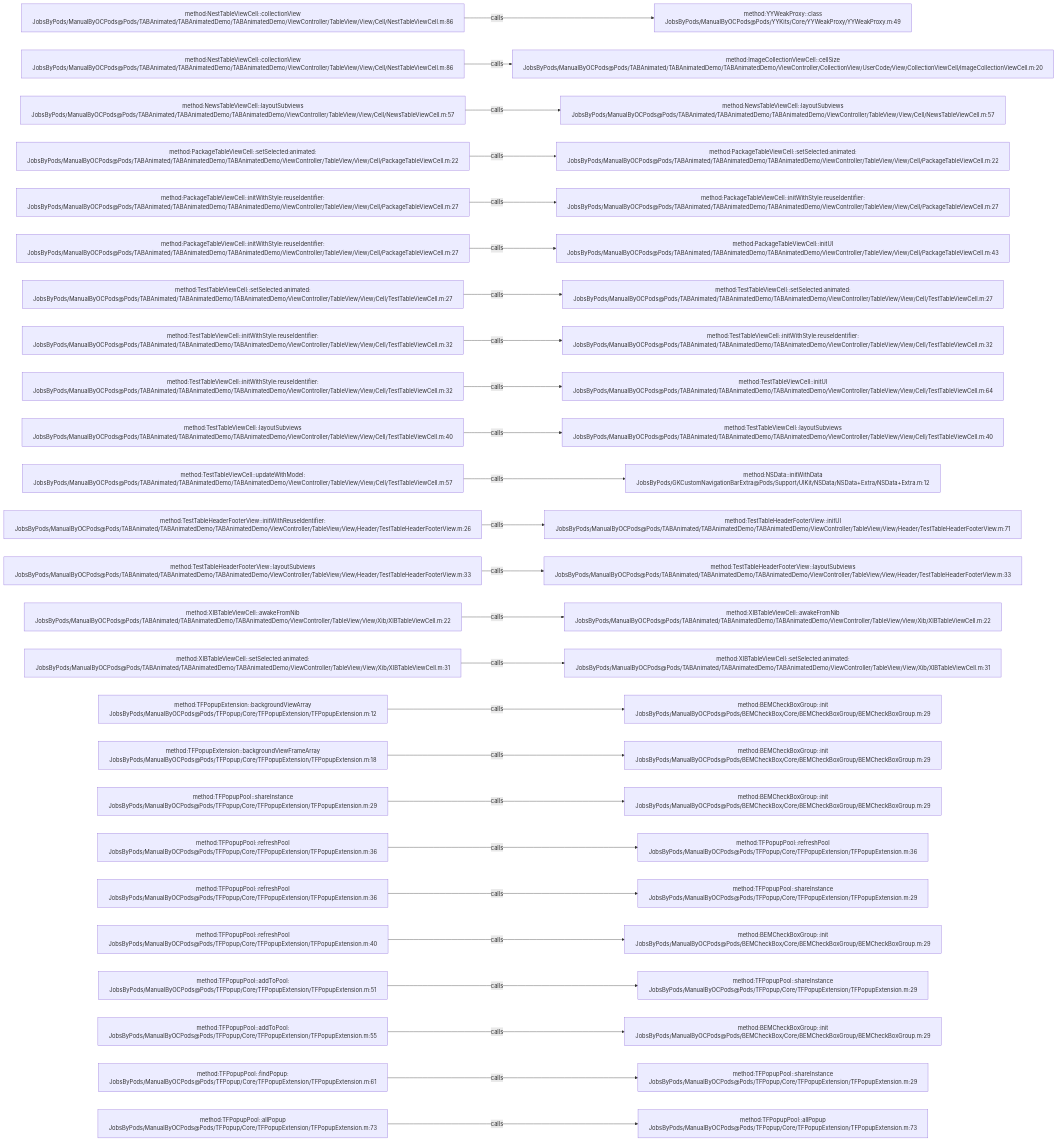
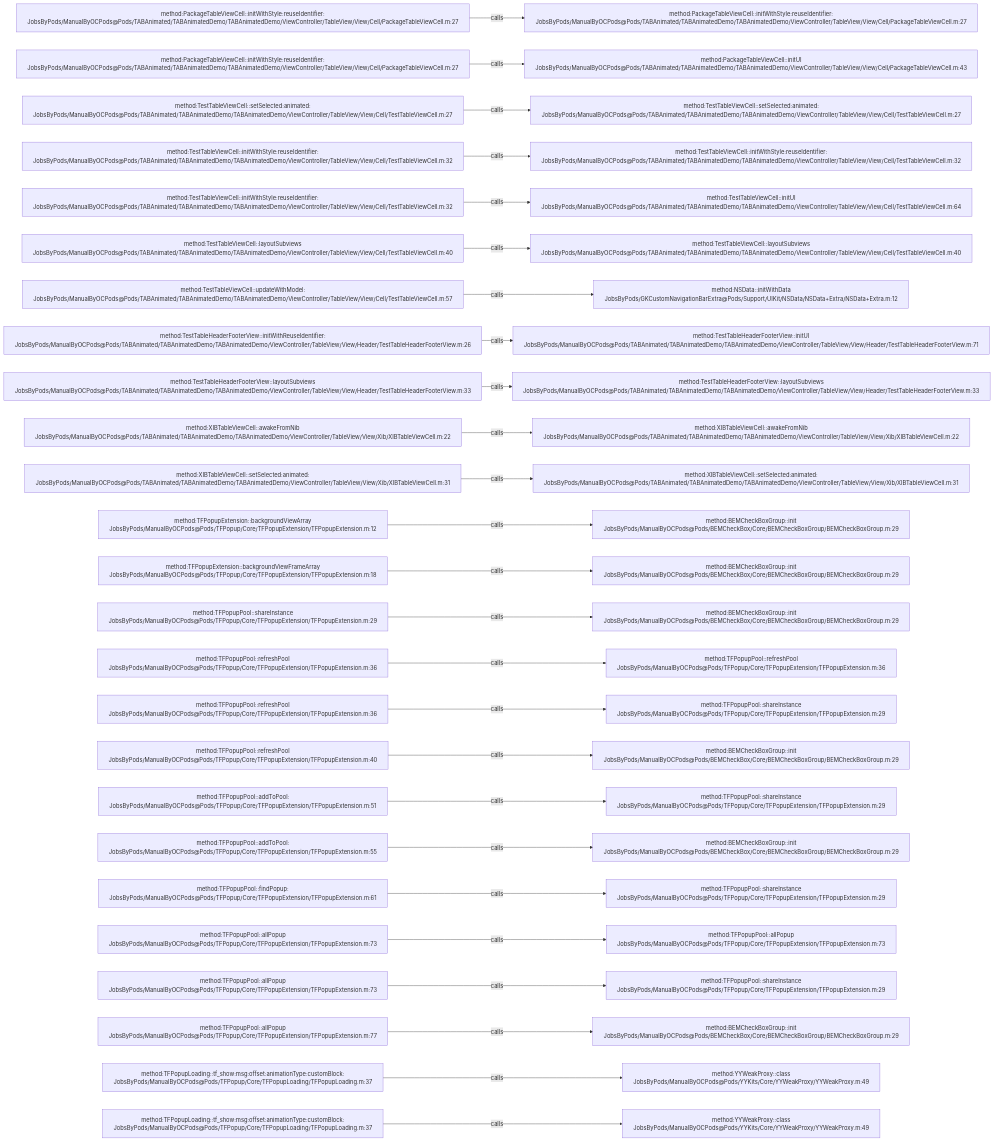
One commit to JobsKits/JobsOCBaseConfigDemo changed the diagram in .codegraph/codegraph.md/graphs/calls-066.md. Above: the diagram before and after it, drawn with Mermaid. The commit also changed 727 other files, not shown here.

````diff
--- a/.codegraph/codegraph.md/graphs/calls-066.md
+++ b/.codegraph/codegraph.md/graphs/calls-066.md
@@ -13,78 +13,78 @@
 ```mermaid
 flowchart LR
-  S1["method:NestTableViewCell::collectionView<br/>JobsByPods/ManualByOCPods@Pods/TABAnimated/TABAnimatedDemo/TABAnimatedDemo/ViewController/TableView/View/Cell/NestTableViewCell.m:86"]
-  T1["method:YYWeakProxy::class<br/>JobsByPods/ManualByOCPods@Pods/YYKits/Core/YYWeakProxy/YYWeakProxy.m:49"]
+  S1["method:PackageTableViewCell::initWithStyle:reuseIdentifier:<br/>JobsByPods/ManualByOCPods@Pods/TABAnimated/TABAnimatedDemo/TABAnimatedDemo/ViewController/TableView/View/Cell/PackageTableViewCell.m:27"]
+  T1["method:PackageTableViewCell::initWithStyle:reuseIdentifier:<br/>JobsByPods/ManualByOCPods@Pods/TABAnimated/TABAnimatedDemo/TABAnimatedDemo/ViewController/TableView/View/Cell/PackageTableViewCell.m:27"]
   S1 -->|calls| T1
-  S2["method:NestTableViewCell::collectionView<br/>JobsByPods/ManualByOCPods@Pods/TABAnimated/TABAnimatedDemo/TABAnimatedDemo/ViewController/TableView/View/Cell/NestTableViewCell.m:86"]
-  T2["method:ImageCollectionViewCell::cellSize<br/>JobsByPods/ManualByOCPods@Pods/TABAnimated/TABAnimatedDemo/TABAnimatedDemo/ViewController/CollectionView/UserCode/View/CollectionViewCell/ImageCollectionViewCell.m:20"]
+  S2["method:PackageTableViewCell::initWithStyle:reuseIdentifier:<br/>JobsByPods/ManualByOCPods@Pods/TABAnimated/TABAnimatedDemo/TABAnimatedDemo/ViewController/TableView/View/Cell/PackageTableViewCell.m:27"]
+  T2["method:PackageTableViewCell::initUI<br/>JobsByPods/ManualByOCPods@Pods/TABAnimated/TABAnimatedDemo/TABAnimatedDemo/ViewController/TableView/View/Cell/PackageTableViewCell.m:43"]
   S2 -->|calls| T2
-  S3["method:NewsTableViewCell::layoutSubviews<br/>JobsByPods/ManualByOCPods@Pods/TABAnimated/TABAnimatedDemo/TABAnimatedDemo/ViewController/TableView/View/Cell/NewsTableViewCell.m:57"]
-  T3["method:NewsTableViewCell::layoutSubviews<br/>JobsByPods/ManualByOCPods@Pods/TABAnimated/TABAnimatedDemo/TABAnimatedDemo/ViewController/TableView/View/Cell/NewsTableViewCell.m:57"]
+  S3["method:TestTableViewCell::setSelected:animated:<br/>JobsByPods/ManualByOCPods@Pods/TABAnimated/TABAnimatedDemo/TABAnimatedDemo/ViewController/TableView/View/Cell/TestTableViewCell.m:27"]
+  T3["method:TestTableViewCell::setSelected:animated:<br/>JobsByPods/ManualByOCPods@Pods/TABAnimated/TABAnimatedDemo/TABAnimatedDemo/ViewController/TableView/View/Cell/TestTableViewCell.m:27"]
   S3 -->|calls| T3
-  S4["method:PackageTableViewCell::setSelected:animated:<br/>JobsByPods/ManualByOCPods@Pods/TABAnimated/TABAnimatedDemo/TABAnimatedDemo/ViewController/TableView/View/Cell/PackageTableViewCell.m:22"]
-  T4["method:PackageTableViewCell::setSelected:animated:<br/>JobsByPods/ManualByOCPods@Pods/TABAnimated/TABAnimatedDemo/TABAnimatedDemo/ViewController/TableView/View/Cell/PackageTableViewCell.m:22"]
+  S4["method:TestTableViewCell::initWithStyle:reuseIdentifier:<br/>JobsByPods/ManualByOCPods@Pods/TABAnimated/TABAnimatedDemo/TABAnimatedDemo/ViewController/TableView/View/Cell/TestTableViewCell.m:32"]
+  T4["method:TestTableViewCell::initWithStyle:reuseIdentifier:<br/>JobsByPods/ManualByOCPods@Pods/TABAnimated/TABAnimatedDemo/TABAnimatedDemo/ViewController/TableView/View/Cell/TestTableViewCell.m:32"]
   S4 -->|calls| T4
-  S5["method:PackageTableViewCell::initWithStyle:reuseIdentifier:<br/>JobsByPods/ManualByOCPods@Pods/TABAnimated/TABAnimatedDemo/TABAnimatedDemo/ViewController/TableView/View/Cell/PackageTableViewCell.m:27"]
-  T5["method:PackageTableViewCell::initWithStyle:reuseIdentifier:<br/>JobsByPods/ManualByOCPods@Pods/TABAnimated/TABAnimatedDemo/TABAnimatedDemo/ViewController/TableView/View/Cell/PackageTableViewCell.m:27"]
+  S5["method:TestTableViewCell::initWithStyle:reuseIdentifier:<br/>JobsByPods/ManualByOCPods@Pods/TABAnimated/TABAnimatedDemo/TABAnimatedDemo/ViewController/TableView/View/Cell/TestTableViewCell.m:32"]
+  T5["method:TestTableViewCell::initUI<br/>JobsByPods/ManualByOCPods@Pods/TABAnimated/TABAnimatedDemo/TABAnimatedDemo/ViewController/TableView/View/Cell/TestTableViewCell.m:64"]
   S5 -->|calls| T5
-  S6["method:PackageTableViewCell::initWithStyle:reuseIdentifier:<br/>JobsByPods/ManualByOCPods@Pods/TABAnimated/TABAnimatedDemo/TABAnimatedDemo/ViewController/TableView/View/Cell/PackageTableViewCell.m:27"]
-  T6["method:PackageTableViewCell::initUI<br/>JobsByPods/ManualByOCPods@Pods/TABAnimated/TABAnimatedDemo/TABAnimatedDemo/ViewController/TableView/View/Cell/PackageTableViewCell.m:43"]
+  S6["method:TestTableViewCell::layoutSubviews<br/>JobsByPods/ManualByOCPods@Pods/TABAnimated/TABAnimatedDemo/TABAnimatedDemo/ViewController/TableView/View/Cell/TestTableViewCell.m:40"]
+  T6["method:TestTableViewCell::layoutSubviews<br/>JobsByPods/ManualByOCPods@Pods/TABAnimated/TABAnimatedDemo/TABAnimatedDemo/ViewController/TableView/View/Cell/TestTableViewCell.m:40"]
   S6 -->|calls| T6
-  S7["method:TestTableViewCell::setSelected:animated:<br/>JobsByPods/ManualByOCPods@Pods/TABAnimated/TABAnimatedDemo/TABAnimatedDemo/ViewController/TableView/View/Cell/TestTableViewCell.m:27"]
-  T7["method:TestTableViewCell::setSelected:animated:<br/>JobsByPods/ManualByOCPods@Pods/TABAnimated/TABAnimatedDemo/TABAnimatedDemo/ViewController/TableView/View/Cell/TestTableViewCell.m:27"]
+  S7["method:TestTableViewCell::updateWithModel:<br/>JobsByPods/ManualByOCPods@Pods/TABAnimated/TABAnimatedDemo/TABAnimatedDemo/ViewController/TableView/View/Cell/TestTableViewCell.m:57"]
+  T7["method:NSData::initWithData<br/>JobsByPods/GKCustomNavigationBarExtra@Pods/Support/UIKit/NSData/NSData+Extra/NSData+Extra.m:12"]
   S7 -->|calls| T7
-  S8["method:TestTableViewCell::initWithStyle:reuseIdentifier:<br/>JobsByPods/ManualByOCPods@Pods/TABAnimated/TABAnimatedDemo/TABAnimatedDemo/ViewController/TableView/View/Cell/TestTableViewCell.m:32"]
-  T8["method:TestTableViewCell::initWithStyle:reuseIdentifier:<br/>JobsByPods/ManualByOCPods@Pods/TABAnimated/TABAnimatedDemo/TABAnimatedDemo/ViewController/TableView/View/Cell/TestTableViewCell.m:32"]
+  S8["method:TestTableHeaderFooterView::initWithReuseIdentifier:<br/>JobsByPods/ManualByOCPods@Pods/TABAnimated/TABAnimatedDemo/TABAnimatedDemo/ViewController/TableView/View/Header/TestTableHeaderFooterView.m:26"]
+  T8["method:TestTableHeaderFooterView::initUI<br/>JobsByPods/ManualByOCPods@Pods/TABAnimated/TABAnimatedDemo/TABAnimatedDemo/ViewController/TableView/View/Header/TestTableHeaderFooterView.m:71"]
   S8 -->|calls| T8
-  S9["method:TestTableViewCell::initWithStyle:reuseIdentifier:<br/>JobsByPods/ManualByOCPods@Pods/TABAnimated/TABAnimatedDemo/TABAnimatedDemo/ViewController/TableView/View/Cell/TestTableViewCell.m:32"]
-  T9["method:TestTableViewCell::initUI<br/>JobsByPods/ManualByOCPods@Pods/TABAnimated/TABAnimatedDemo/TABAnimatedDemo/ViewController/TableView/View/Cell/TestTableViewCell.m:64"]
+  S9["method:TestTableHeaderFooterView::layoutSubviews<br/>JobsByPods/ManualByOCPods@Pods/TABAnimated/TABAnimatedDemo/TABAnimatedDemo/ViewController/TableView/View/Header/TestTableHeaderFooterView.m:33"]
+  T9["method:TestTableHeaderFooterView::layoutSubviews<br/>JobsByPods/ManualByOCPods@Pods/TABAnimated/TABAnimatedDemo/TABAnimatedDemo/ViewController/TableView/View/Header/TestTableHeaderFooterView.m:33"]
   S9 -->|calls| T9
-  S10["method:TestTableViewCell::layoutSubviews<br/>JobsByPods/ManualByOCPods@Pods/TABAnimated/TABAnimatedDemo/TABAnimatedDemo/ViewController/TableView/View/Cell/TestTableViewCell.m:40"]
-  T10["method:TestTableViewCell::layoutSubviews<br/>JobsByPods/ManualByOCPods@Pods/TABAnimated/TABAnimatedDemo/TABAnimatedDemo/ViewController/TableView/View/Cell/TestTableViewCell.m:40"]
+  S10["method:XIBTableViewCell::awakeFromNib<br/>JobsByPods/ManualByOCPods@Pods/TABAnimated/TABAnimatedDemo/TABAnimatedDemo/ViewController/TableView/View/Xib/XIBTableViewCell.m:22"]
+  T10["method:XIBTableViewCell::awakeFromNib<br/>JobsByPods/ManualByOCPods@Pods/TABAnimated/TABAnimatedDemo/TABAnimatedDemo/ViewController/TableView/View/Xib/XIBTableViewCell.m:22"]
   S10 -->|calls| T10
-  S11["method:TestTableViewCell::updateWithModel:<br/>JobsByPods/ManualByOCPods@Pods/TABAnimated/TABAnimatedDemo/TABAnimatedDemo/ViewController/TableView/View/Cell/TestTableViewCell.m:57"]
-  T11["method:NSData::initWithData<br/>JobsByPods/GKCustomNavigationBarExtra@Pods/Support/UIKit/NSData/NSData+Extra/NSData+Extra.m:12"]
+  S11["method:XIBTableViewCell::setSelected:animated:<br/>JobsByPods/ManualByOCPods@Pods/TABAnimated/TABAnimatedDemo/TABAnimatedDemo/ViewController/TableView/View/Xib/XIBTableViewCell.m:31"]
+  T11["method:XIBTableViewCell::setSelected:animated:<br/>JobsByPods/ManualByOCPods@Pods/TABAnimated/TABAnimatedDemo/TABAnimatedDemo/ViewController/TableView/View/Xib/XIBTableViewCell.m:31"]
   S11 -->|calls| T11
-  S12["method:TestTableHeaderFooterView::initWithReuseIdentifier:<br/>JobsByPods/ManualByOCPods@Pods/TABAnimated/TABAnimatedDemo/TABAnimatedDemo/ViewController/TableView/View/Header/TestTableHeaderFooterView.m:26"]
-  T12["method:TestTableHeaderFooterView::initUI<br/>JobsByPods/ManualByOCPods@Pods/TABAnimated/TABAnimatedDemo/TABAnimatedDemo/ViewController/TableView/View/Header/TestTableHeaderFooterView.m:71"]
+  S12["method:TFPopupExtension::backgroundViewArray<br/>JobsByPods/ManualByOCPods@Pods/TFPopup/Core/TFPopupExtension/TFPopupExtension.m:12"]
+  T12["method:BEMCheckBoxGroup::init<br/>JobsByPods/ManualByOCPods@Pods/BEMCheckBox/Core/BEMCheckBoxGroup/BEMCheckBoxGroup.m:29"]
   S12 -->|calls| T12
-  S13["method:TestTableHeaderFooterView::layoutSubviews<br/>JobsByPods/ManualByOCPods@Pods/TABAnimated/TABAnimatedDemo/TABAnimatedDemo/ViewController/TableView/View/Header/TestTableHeaderFooterView.m:33"]
-  T13["method:TestTableHeaderFooterView::layoutSubviews<br/>JobsByPods/ManualByOCPods@Pods/TABAnimated/TABAnimatedDemo/TABAnimatedDemo/ViewController/TableView/View/Header/TestTableHeaderFooterView.m:33"]
+  S13["method:TFPopupExtension::backgroundViewFrameArray<br/>JobsByPods/ManualByOCPods@Pods/TFPopup/Core/TFPopupExtension/TFPopupExtension.m:18"]
+  T13["method:BEMCheckBoxGroup::init<br/>JobsByPods/ManualByOCPods@Pods/BEMCheckBox/Core/BEMCheckBoxGroup/BEMCheckBoxGroup.m:29"]
   S13 -->|calls| T13
-  S14["method:XIBTableViewCell::awakeFromNib<br/>JobsByPods/ManualByOCPods@Pods/TABAnimated/TABAnimatedDemo/TABAnimatedDemo/ViewController/TableView/View/Xib/XIBTableViewCell.m:22"]
-  T14["method:XIBTableViewCell::awakeFromNib<br/>JobsByPods/ManualByOCPods@Pods/TABAnimated/TABAnimatedDemo/TABAnimatedDemo/ViewController/TableView/View/Xib/XIBTableViewCell.m:22"]
+  S14["method:TFPopupPool::shareInstance<br/>JobsByPods/ManualByOCPods@Pods/TFPopup/Core/TFPopupExtension/TFPopupExtension.m:29"]
+  T14["method:BEMCheckBoxGroup::init<br/>JobsByPods/ManualByOCPods@Pods/BEMCheckBox/Core/BEMCheckBoxGroup/BEMCheckBoxGroup.m:29"]
   S14 -->|calls| T14
-  S15["method:XIBTableViewCell::setSelected:animated:<br/>JobsByPods/ManualByOCPods@Pods/TABAnimated/TABAnimatedDemo/TABAnimatedDemo/ViewController/TableView/View/Xib/XIBTableViewCell.m:31"]
-  T15["method:XIBTableViewCell::setSelected:animated:<br/>JobsByPods/ManualByOCPods@Pods/TABAnimated/TABAnimatedDemo/TABAnimatedDemo/ViewController/TableView/View/Xib/XIBTableViewCell.m:31"]
+  S15["method:TFPopupPool::refreshPool<br/>JobsByPods/ManualByOCPods@Pods/TFPopup/Core/TFPopupExtension/TFPopupExtension.m:36"]
+  T15["method:TFPopupPool::refreshPool<br/>JobsByPods/ManualByOCPods@Pods/TFPopup/Core/TFPopupExtension/TFPopupExtension.m:36"]
   S15 -->|calls| T15
-  S16["method:TFPopupExtension::backgroundViewArray<br/>JobsByPods/ManualByOCPods@Pods/TFPopup/Core/TFPopupExtension/TFPopupExtension.m:12"]
-  T16["method:BEMCheckBoxGroup::init<br/>JobsByPods/ManualByOCPods@Pods/BEMCheckBox/Core/BEMCheckBoxGroup/BEMCheckBoxGroup.m:29"]
+  S16["method:TFPopupPool::refreshPool<br/>JobsByPods/ManualByOCPods@Pods/TFPopup/Core/TFPopupExtension/TFPopupExtension.m:36"]
+  T16["method:TFPopupPool::shareInstance<br/>JobsByPods/ManualByOCPods@Pods/TFPopup/Core/TFPopupExtension/TFPopupExtension.m:29"]
   S16 -->|calls| T16
-  S17["method:TFPopupExtension::backgroundViewFrameArray<br/>JobsByPods/ManualByOCPods@Pods/TFPopup/Core/TFPopupExtension/TFPopupExtension.m:18"]
+  S17["method:TFPopupPool::refreshPool<br/>JobsByPods/ManualByOCPods@Pods/TFPopup/Core/TFPopupExtension/TFPopupExtension.m:40"]
   T17["method:BEMCheckBoxGroup::init<br/>JobsByPods/ManualByOCPods@Pods/BEMCheckBox/Core/BEMCheckBoxGroup/BEMCheckBoxGroup.m:29"]
   S17 -->|calls| T17
-  S18["method:TFPopupPool::shareInstance<br/>JobsByPods/ManualByOCPods@Pods/TFPopup/Core/TFPopupExtension/TFPopupExtension.m:29"]
-  T18["method:BEMCheckBoxGroup::init<br/>JobsByPods/ManualByOCPods@Pods/BEMCheckBox/Core/BEMCheckBoxGroup/BEMCheckBoxGroup.m:29"]
+  S18["method:TFPopupPool::addToPool:<br/>JobsByPods/ManualByOCPods@Pods/TFPopup/Core/TFPopupExtension/TFPopupExtension.m:51"]
+  T18["method:TFPopupPool::shareInstance<br/>JobsByPods/ManualByOCPods@Pods/TFPopup/Core/TFPopupExtension/TFPopupExtension.m:29"]
   S18 -->|calls| T18
-  S19["method:TFPopupPool::refreshPool<br/>JobsByPods/ManualByOCPods@Pods/TFPopup/Core/TFPopupExtension/TFPopupExtension.m:36"]
-  T19["method:TFPopupPool::refreshPool<br/>JobsByPods/ManualByOCPods@Pods/TFPopup/Core/TFPopupExtension/TFPopupExtension.m:36"]
+  S19["method:TFPopupPool::addToPool:<br/>JobsByPods/ManualByOCPods@Pods/TFPopup/Core/TFPopupExtension/TFPopupExtension.m:55"]
+  T19["method:BEMCheckBoxGroup::init<br/>JobsByPods/ManualByOCPods@Pods/BEMCheckBox/Core/BEMCheckBoxGroup/BEMCheckBoxGroup.m:29"]
   S19 -->|calls| T19
-  S20["method:TFPopupPool::refreshPool<br/>JobsByPods/ManualByOCPods@Pods/TFPopup/Core/TFPopupExtension/TFPopupExtension.m:36"]
+  S20["method:TFPopupPool::findPopup:<br/>JobsByPods/ManualByOCPods@Pods/TFPopup/Core/TFPopupExtension/TFPopupExtension.m:61"]
   T20["method:TFPopupPool::shareInstance<br/>JobsByPods/ManualByOCPods@Pods/TFPopup/Core/TFPopupExtension/TFPopupExtension.m:29"]
   S20 -->|calls| T20
-  S21["method:TFPopupPool::refreshPool<br/>JobsByPods/ManualByOCPods@Pods/TFPopup/Core/TFPopupExtension/TFPopupExtension.m:40"]
-  T21["method:BEMCheckBoxGroup::init<br/>JobsByPods/ManualByOCPods@Pods/BEMCheckBox/Core/BEMCheckBoxGroup/BEMCheckBoxGroup.m:29"]
+  S21["method:TFPopupPool::allPopup<br/>JobsByPods/ManualByOCPods@Pods/TFPopup/Core/TFPopupExtension/TFPopupExtension.m:73"]
+  T21["method:TFPopupPool::allPopup<br/>JobsByPods/ManualByOCPods@Pods/TFPopup/Core/TFPopupExtension/TFPopupExtension.m:73"]
   S21 -->|calls| T21
-  S22["method:TFPopupPool::addToPool:<br/>JobsByPods/ManualByOCPods@Pods/TFPopup/Core/TFPopupExtension/TFPopupExtension.m:51"]
+  S22["method:TFPopupPool::allPopup<br/>JobsByPods/ManualByOCPods@Pods/TFPopup/Core/TFPopupExtension/TFPopupExtension.m:73"]
   T22["method:TFPopupPool::shareInstance<br/>JobsByPods/ManualByOCPods@Pods/TFPopup/Core/TFPopupExtension/TFPopupExtension.m:29"]
   S22 -->|calls| T22
-  S23["method:TFPopupPool::addToPool:<br/>JobsByPods/ManualByOCPods@Pods/TFPopup/Core/TFPopupExtension/TFPopupExtension.m:55"]
+  S23["method:TFPopupPool::allPopup<br/>JobsByPods/ManualByOCPods@Pods/TFPopup/Core/TFPopupExtension/TFPopupExtension.m:77"]
   T23["method:BEMCheckBoxGroup::init<br/>JobsByPods/ManualByOCPods@Pods/BEMCheckBox/Core/BEMCheckBoxGroup/BEMCheckBoxGroup.m:29"]
   S23 -->|calls| T23
-  S24["method:TFPopupPool::findPopup:<br/>JobsByPods/ManualByOCPods@Pods/TFPopup/Core/TFPopupExtension/TFPopupExtension.m:61"]
-  T24["method:TFPopupPool::shareInstance<br/>JobsByPods/ManualByOCPods@Pods/TFPopup/Core/TFPopupExtension/TFPopupExtension.m:29"]
+  S24["method:TFPopupLoading::tf_show:msg:offset:animationType:customBlock:<br/>JobsByPods/ManualByOCPods@Pods/TFPopup/Core/TFPopupLoading/TFPopupLoading.m:37"]
+  T24["method:YYWeakProxy::class<br/>JobsByPods/ManualByOCPods@Pods/YYKits/Core/YYWeakProxy/YYWeakProxy.m:49"]
   S24 -->|calls| T24
-  S25["method:TFPopupPool::allPopup<br/>JobsByPods/ManualByOCPods@Pods/TFPopup/Core/TFPopupExtension/TFPopupExtension.m:73"]
-  T25["method:TFPopupPool::allPopup<br/>JobsByPods/ManualByOCPods@Pods/TFPopup/Core/TFPopupExtension/TFPopupExtension.m:73"]
+  S25["method:TFPopupLoading::tf_show:msg:offset:animationType:customBlock:<br/>JobsByPods/ManualByOCPods@Pods/TFPopup/Core/TFPopupLoading/TFPopupLoading.m:37"]
+  T25["method:YYWeakProxy::class<br/>JobsByPods/ManualByOCPods@Pods/YYKits/Core/YYWeakProxy/YYWeakProxy.m:49"]
   S25 -->|calls| T25
 ```
````
